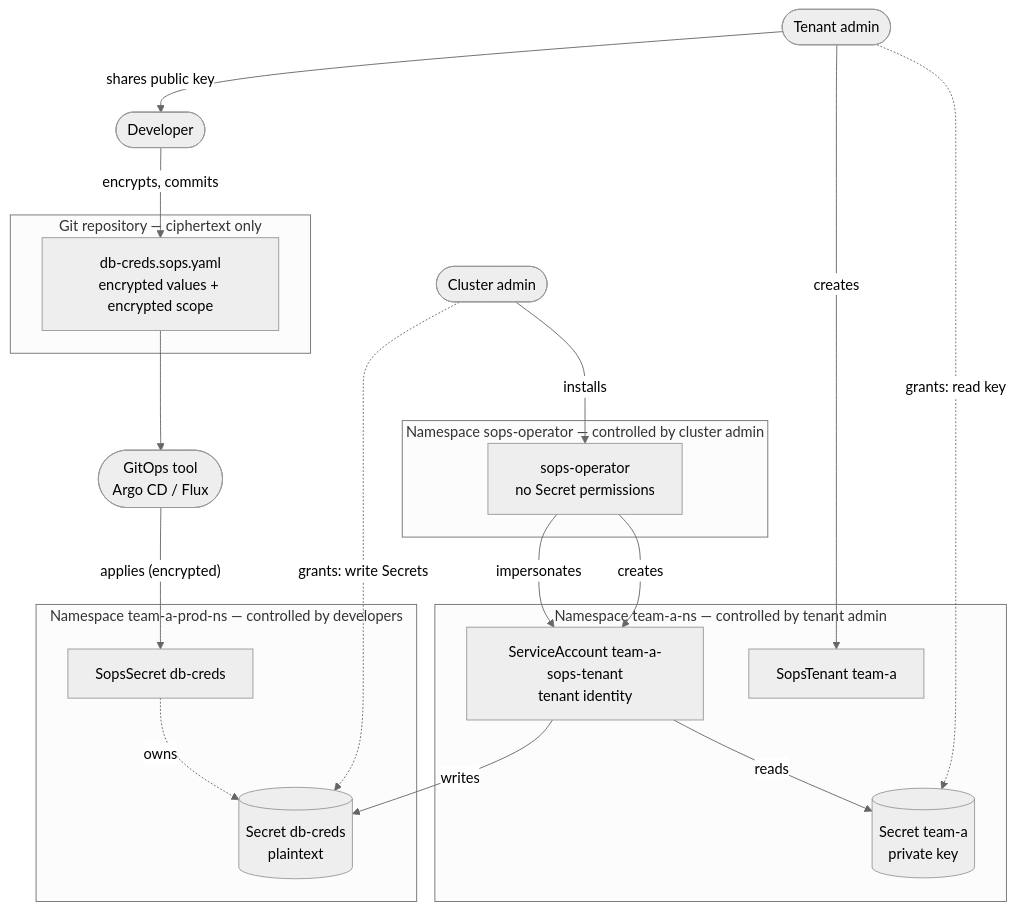
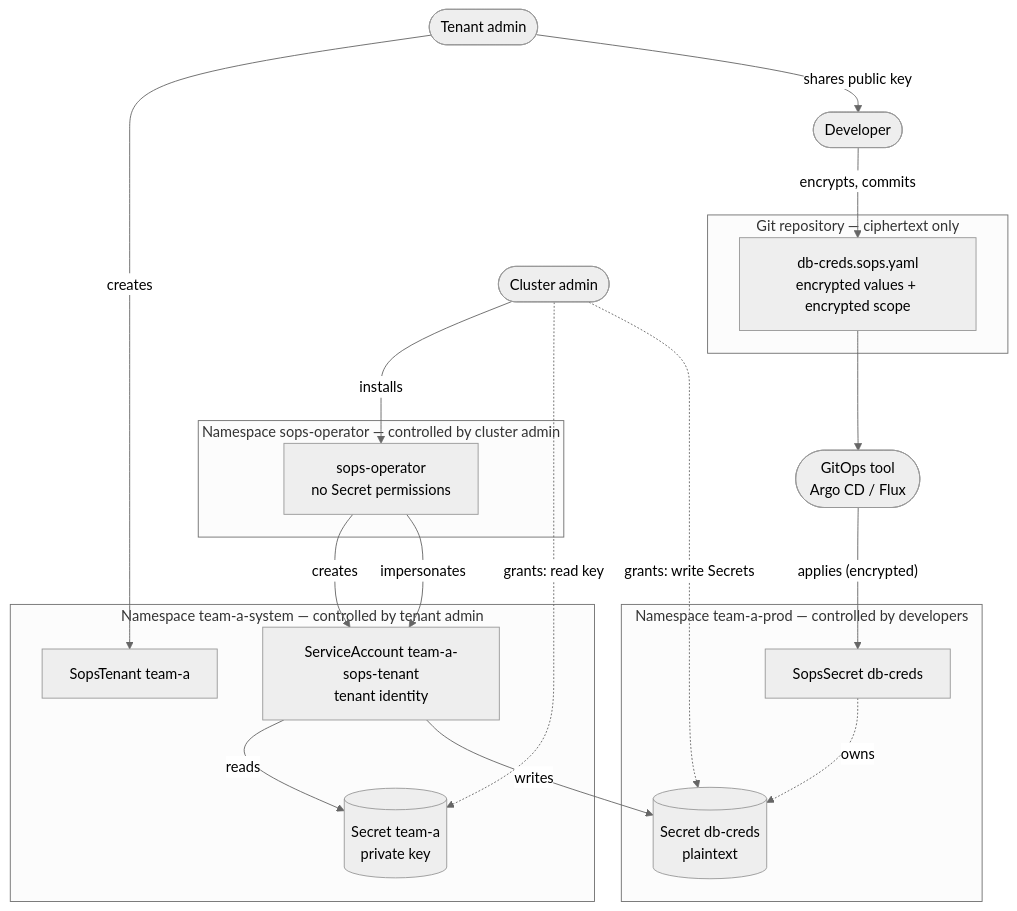
One commit to stakater/sops-operator changed the first of 3 diagrams in DESIGN.md. Above: the diagram before and after it, drawn with Mermaid (neutral theme). The commit also changed other lines of this file and 3 other files, not shown here.

````diff
--- a/DESIGN.md
+++ b/DESIGN.md
@@ -107,41 +107,41 @@
 ```mermaid
 flowchart TB
     CA(["Cluster admin"])
     TA(["Tenant admin"])
     DEV(["Developer"])
 
     subgraph GIT["Git repository — ciphertext only"]
         FILE["db-creds.sops.yaml<br/>encrypted values + encrypted scope"]
     end
 
     GITOPS(["GitOps tool<br/>Argo CD / Flux"])
 
     subgraph OPNS["Namespace sops-operator — controlled by cluster admin"]
         OP["sops-operator<br/>no Secret permissions"]
     end
 
-    subgraph TNS["Namespace team-a-ns — controlled by tenant admin"]
+    subgraph TNS["Namespace team-a-system — controlled by tenant admin"]
         TEN["SopsTenant team-a"]
         KEY[("Secret team-a<br/>private key")]
         SA["ServiceAccount team-a-sops-tenant<br/>tenant identity"]
     end
 
-    subgraph PROD["Namespace team-a-prod-ns — controlled by developers"]
+    subgraph PROD["Namespace team-a-prod — controlled by developers"]
         SS["SopsSecret db-creds"]
         OUT[("Secret db-creds<br/>plaintext")]
     end
 
     CA -->|installs| OP
     OP -->|creates| SA
-    TA -.->|"grants: read key"| KEY
+    CA -.->|"grants: read key"| KEY
     CA -.->|"grants: write Secrets"| OUT
     TA -->|creates| TEN
     TA -->|"shares public key"| DEV
     DEV -->|"encrypts, commits"| FILE
     FILE --> GITOPS
     GITOPS -->|"applies (encrypted)"| SS
     OP -->|impersonates| SA
     SA -->|reads| KEY
     SA -->|writes| OUT
     SS -.->|owns| OUT
 ```
````
